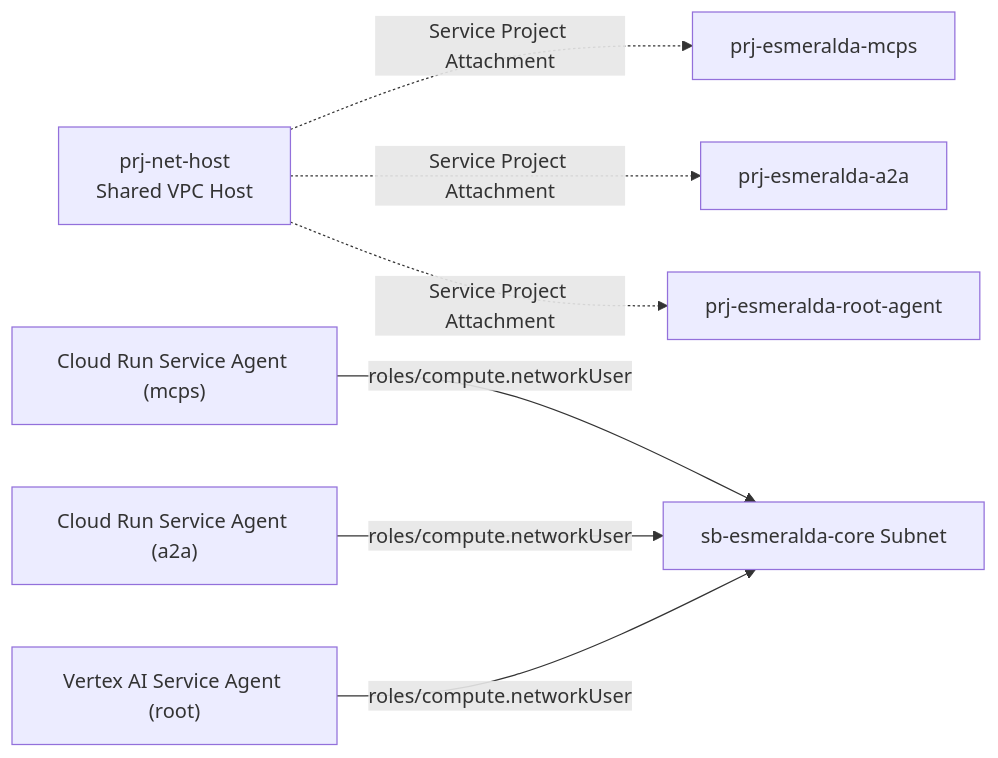
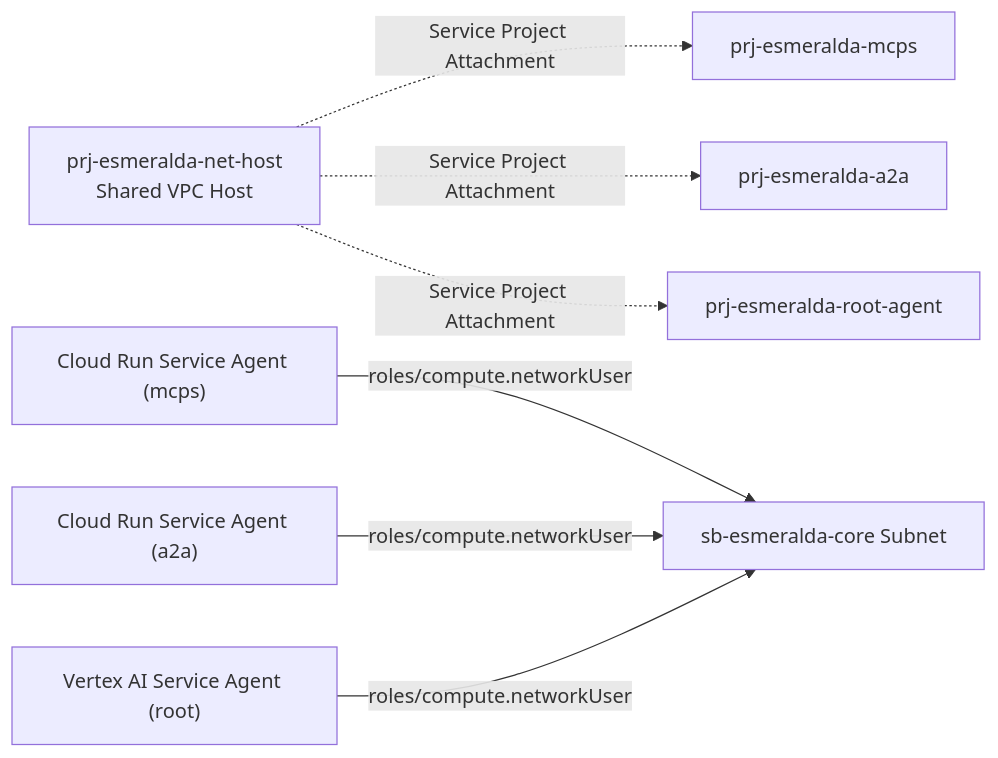
The third of 4 diagrams in docs/1-platform-foundations/02-private-networking.md (google/esmeralda), drawn with Mermaid before and after one commit. The commit also changed other lines of this file and 11 other files, not shown here.

First line of the commit message:
Update project names to match project IDs and standardize esmeralda prefix for net-host and gateway projects

````diff
--- a/docs/1-platform-foundations/02-private-networking.md
+++ b/docs/1-platform-foundations/02-private-networking.md
@@ -104,13 +104,13 @@
 ```mermaid
 graph LR
-    Host["prj-net-host<br/>Shared VPC Host"]
+    Host["prj-esmeralda-net-host<br/>Shared VPC Host"]
     Subnet["sb-esmeralda-core Subnet"]
 
     Host -.->|Service Project Attachment| P_MCP["prj-esmeralda-mcps"]
     Host -.->|Service Project Attachment| P_A2A["prj-esmeralda-a2a"]
     Host -.->|Service Project Attachment| P_Root["prj-esmeralda-root-agent"]
 
     SA_MCP["Cloud Run Service Agent (mcps)"] -->|roles/compute.networkUser| Subnet
     SA_A2A["Cloud Run Service Agent (a2a)"] -->|roles/compute.networkUser| Subnet
     SA_Root["Vertex AI Service Agent (root)"] -->|roles/compute.networkUser| Subnet
 ```
````
